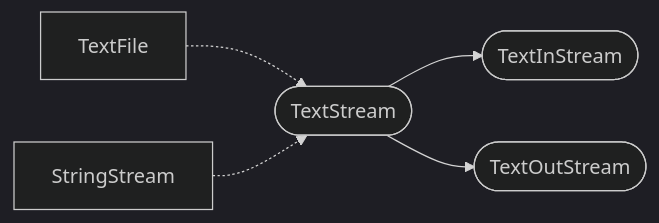
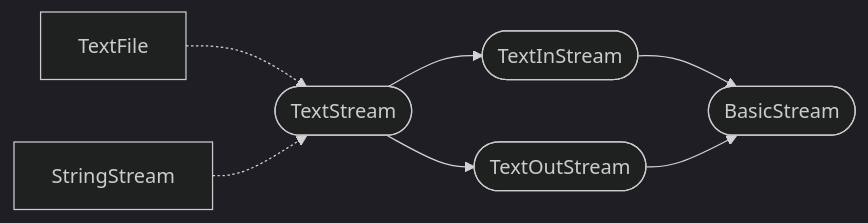
The diagram in 2 Standard Lib/6 TextStream & CLI.md (laro/Cilia), drawn with Mermaid (dark theme) before and after one commit. The commit also changed 1 other file, not shown here.

````diff
--- a/2 Standard Lib/6 TextStream & CLI.md
+++ b/2 Standard Lib/6 TextStream & CLI.md
@@ -104,15 +104,20 @@
 ```mermaid
 flowchart LR
     TextFile[TextFile]
     StringStream[StringStream]
 
     TextStream([TextStream])
     TextInStream([TextInStream])
     TextOutStream([TextOutStream])
 
+    BasicStream([BasicStream])
+
     TextFile -.-> TextStream
     StringStream -.-> TextStream
 
     TextStream --> TextInStream
     TextStream --> TextOutStream
+
+    TextInStream --> BasicStream
+    TextOutStream --> BasicStream
 ```
````
